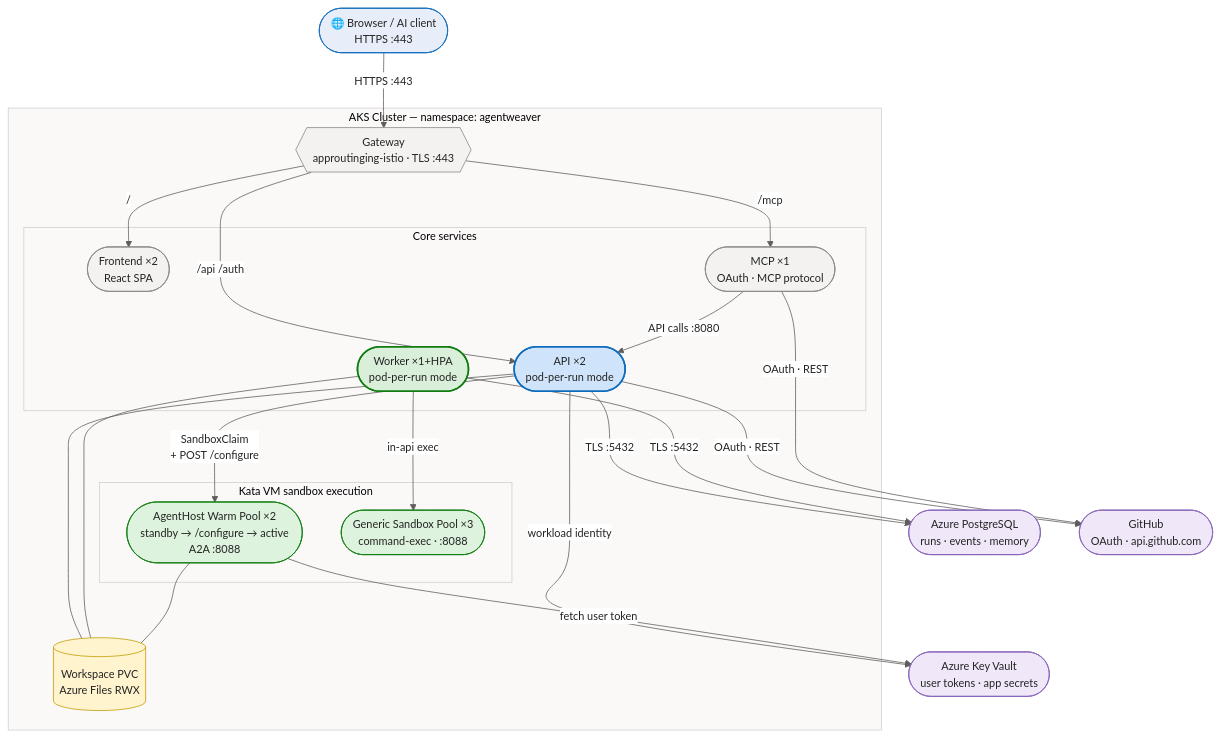
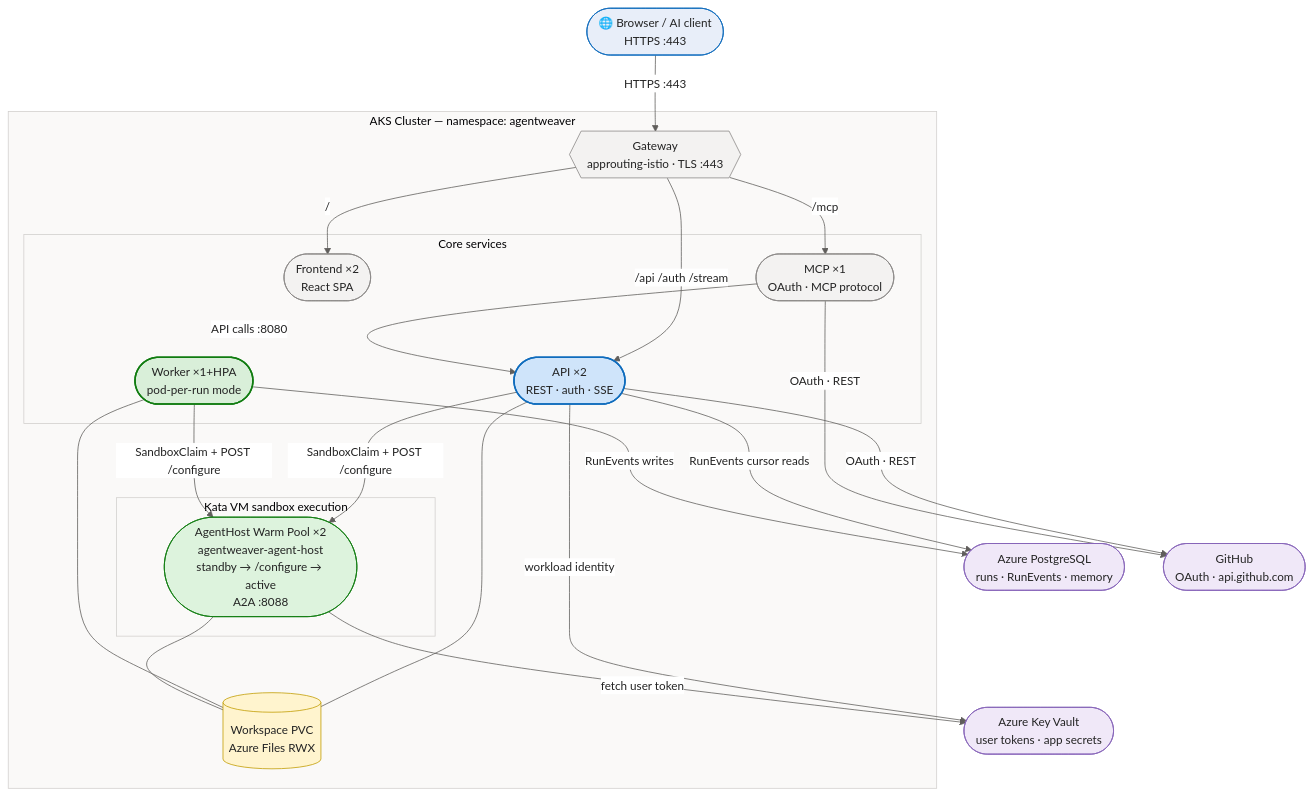
Before and after one commit to sabbour/agentweaver: the diagram in README.md, drawn with Mermaid. The commit also changed other lines of this file and 19 other files, not shown here.

````diff
--- a/README.md
+++ b/README.md
@@ -113,55 +113,54 @@
 ```mermaid
-%%{init: {'theme':'base','themeVariables':{'fontFamily':'Segoe UI, system-ui, sans-serif','fontSize':'14px','primaryColor':'#E8EEF9','primaryBorderColor':'#0F6CBD','primaryTextColor':'#242424','lineColor':'#605E5C','clusterBkg':'#FAF9F8','clusterBorder':'#D2D0CE','edgeLabelBackground':'#FFFFFF'}}}%%
+%%{init: {'theme':'base','themeVariables':{'fontFamily':'Segoe UI, system-ui, -apple-system, sans-serif','fontSize':'15px','primaryColor':'#E8EEF9','primaryBorderColor':'#0F6CBD','primaryTextColor':'#242424','lineColor':'#605E5C','clusterBkg':'#FAF9F8','clusterBorder':'#D2D0CE','edgeLabelBackground':'#FFFFFF'}}}%%
 flowchart TB
-    client(["🌐 Browser / AI client\nHTTPS :443"])
+    client(["🌐 Browser / AI client<br/>HTTPS :443"])
 
     subgraph aks["AKS Cluster — namespace: agentweaver"]
-        gw{{"Gateway\napproutinging-istio · TLS :443"}}
+        gw{{"Gateway<br/>approuting-istio · TLS :443"}}
 
         subgraph core["Core services"]
-            fe(["Frontend ×2\nReact SPA"])
-            api(["API ×2\npod-per-run mode"])
-            worker(["Worker ×1+HPA\npod-per-run mode"])
-            mcp(["MCP ×1\nOAuth · MCP protocol"])
+            fe(["Frontend ×2<br/>React SPA"])
+            api(["API ×2<br/>REST · auth · SSE"])
+            worker(["Worker ×1+HPA<br/>pod-per-run mode"])
+            mcp(["MCP ×1<br/>OAuth · MCP protocol"])
         end
 
         subgraph exec["Kata VM sandbox execution"]
-            ahpool(["AgentHost Warm Pool ×2\nstandby → /configure → active\nA2A :8088"])
-            sbpool(["Generic Sandbox Pool ×3\ncommand-exec · :8088"])
+            ahpool(["AgentHost Warm Pool ×2<br/>agentweaver-agent-host<br/>standby → /configure → active<br/>A2A :8088"])
         end
 
-        ws[("Workspace PVC\nAzure Files RWX")]
+        ws[("Workspace PVC<br/>Azure Files RWX")]
     end
 
-    kv(["Azure Key Vault\nuser tokens · app secrets"])
-    pg(["Azure PostgreSQL\nruns · events · memory"])
-    gh(["GitHub\nOAuth · api.github.com"])
+    kv(["Azure Key Vault<br/>user tokens · app secrets"])
+    pg(["Azure PostgreSQL<br/>runs · RunEvents · memory"])
+    gh(["GitHub<br/>OAuth · api.github.com"])
 
     client -->|"HTTPS :443"| gw
     gw -->|"/"| fe
-    gw -->|"/api /auth"| api
+    gw -->|"/api /auth /stream"| api
     gw -->|"/mcp"| mcp
     mcp -->|"API calls :8080"| api
-    api -->|"SandboxClaim\n+ POST /configure"| ahpool
-    worker -->|"in-api exec"| sbpool
+    api & worker -->|"SandboxClaim + POST /configure"| ahpool
     api & worker --- ws
     ahpool --- ws
-    api & worker -->|"TLS :5432"| pg
+    api -->|"RunEvents cursor reads"| pg
+    worker -->|"RunEvents writes"| pg
     api -->|"workload identity"| kv
     ahpool -->|"fetch user token"| kv
     api & mcp -->|"OAuth · REST"| gh
 
     classDef svc fill:#F3F2F1,stroke:#8A8886,color:#242424
     classDef core fill:#CFE4FA,stroke:#0F6CBD,stroke-width:2px,color:#242424
     classDef worker fill:#D9EFD9,stroke:#107C10,stroke-width:2px,color:#242424
     classDef runtime fill:#DDF3DD,stroke:#107C10,color:#242424
     classDef data fill:#FFF4CE,stroke:#C19C00,color:#242424
     classDef ext fill:#F0E8F8,stroke:#8764B8,color:#242424
 
     class gw,fe,mcp svc
     class api core
     class worker worker
-    class ahpool,sbpool runtime
+    class ahpool runtime
     class ws data
     class kv,pg,gh ext
 ```
````
